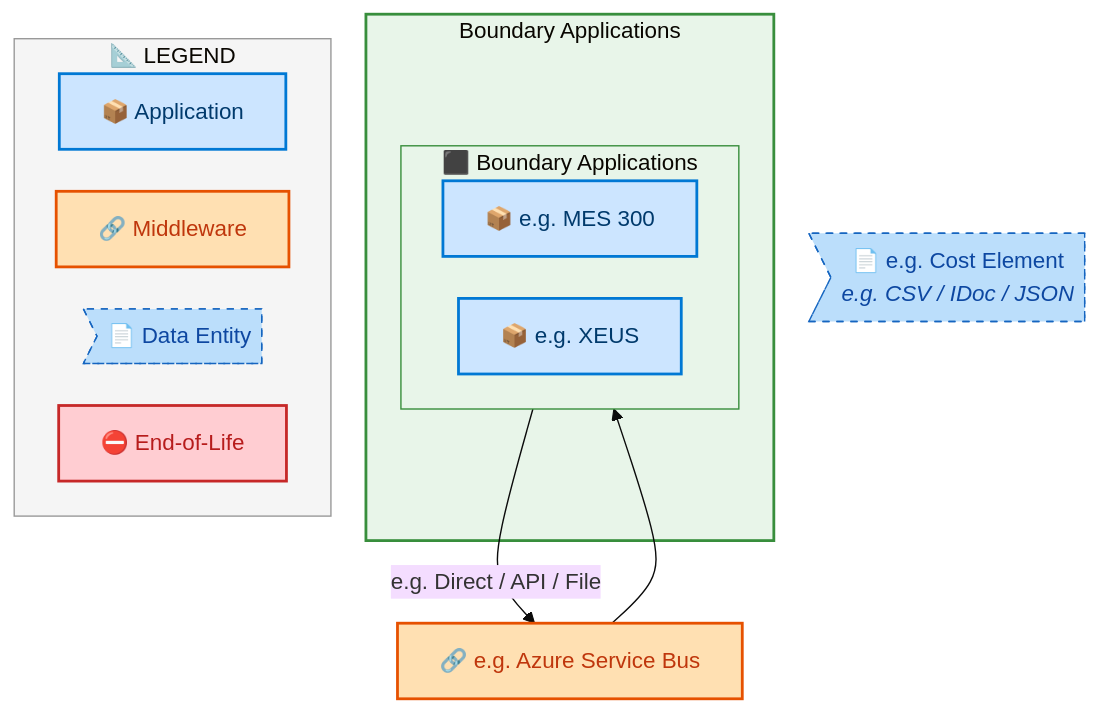
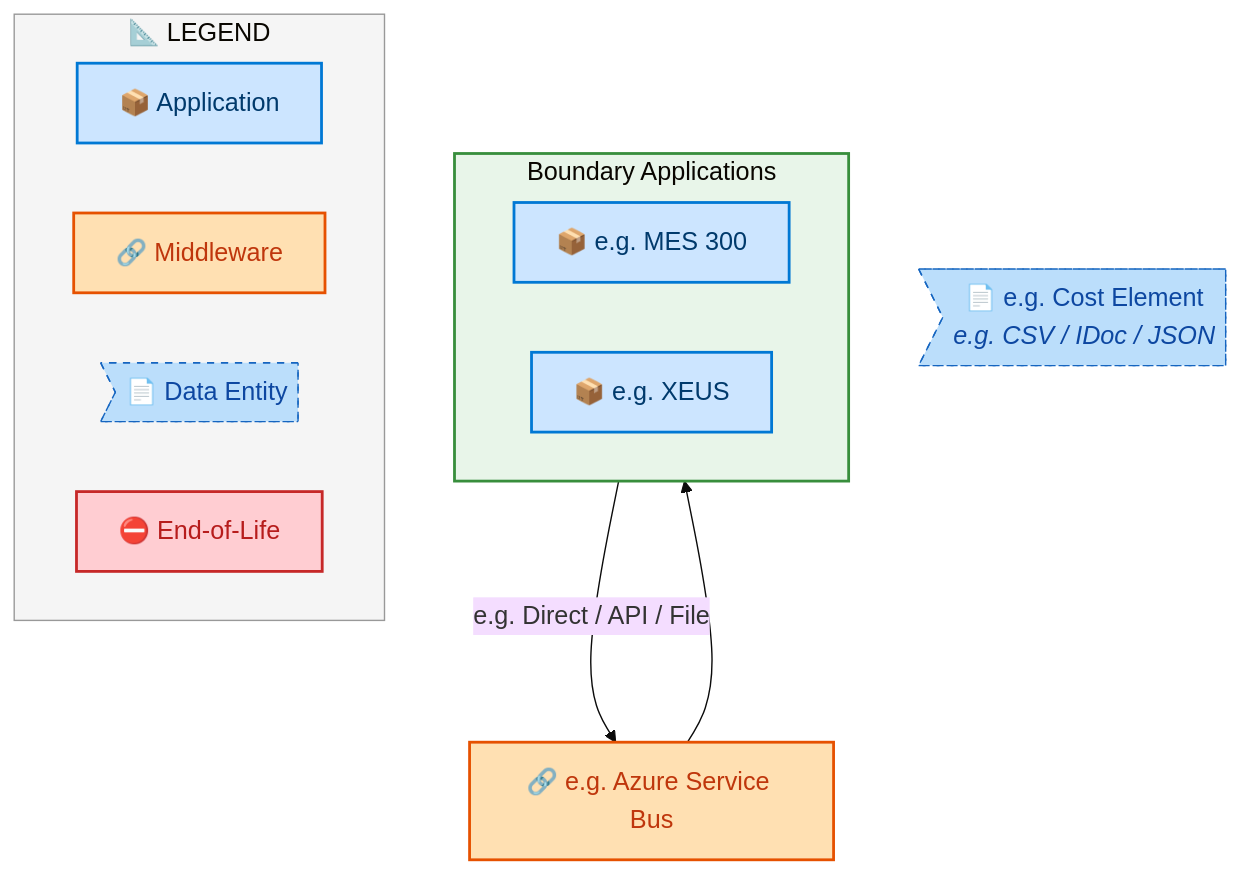
Before and after one commit to sajivfrancis777/IAO-Architecture: the fourth of 7 diagrams in towers/E2E/Procure to Pay/E2E-123/output/docs/systems-architecture/E2E-123-Architecture.md, drawn with Mermaid. The commit also changed other lines of this file and 251 other files, not shown here.

````diff
--- a/towers/E2E/Procure to Pay/E2E-123/output/docs/systems-architecture/E2E-123-Architecture.md
+++ b/towers/E2E/Procure to Pay/E2E-123/output/docs/systems-architecture/E2E-123-Architecture.md
@@ -388,40 +388,37 @@
 ```mermaid
-%%{init: {"theme": "base", "securityLevel": "loose", "themeVariables": {"fontSize": "16px", "fontFamily": "Segoe UI, Arial, sans-serif"}, "flowchart": {"useMaxWidth": false, "htmlLabels": true, "nodeSpacing": 30, "rankSpacing": 35}} }%%
+%%{init: {"theme": "base", "securityLevel": "loose", "themeVariables": {"fontSize": "18px", "fontFamily": "Segoe UI, Arial, sans-serif"}, "flowchart": {"useMaxWidth": false, "htmlLabels": true, "nodeSpacing": 50, "rankSpacing": 60}} }%%
 flowchart TB
     %% -- ArchiMate 3.2 + Azure style classes --
     classDef business      fill:#FFFFB3,stroke:#F9A825,stroke-width:2px,color:#000
     classDef app           fill:#CCE5FF,stroke:#0078D4,stroke-width:2px,color:#003A6C
     classDef data          fill:#BBDEFB,stroke:#1565C0,stroke-width:1px,color:#0D47A1,stroke-dasharray: 5 5
     classDef middleware    fill:#FFE0B2,stroke:#E65100,stroke-width:2px,color:#BF360C
     classDef eol           fill:#FFCDD2,stroke:#C62828,stroke-width:2px,color:#B71C1C
     classDef saas          fill:#E1BEE7,stroke:#7B1FA2,stroke-width:2px,color:#4A148C
     classDef cloud         fill:#BBDEFB,stroke:#1565C0,stroke-width:2px,color:#0D47A1
     classDef onprem        fill:#C8E6C9,stroke:#2E7D32,stroke-width:2px,color:#1B5E20
 
-    subgraph E2E123CT_Boundary_Applications["Boundary Applications"]
-        subgraph E2E123CLN_Boundary_Applications[" ⬛ Boundary Applications"]
-            direction LR
-            E2E123C_e_g_MES_300["📦 e.g. MES 300"]:::app
-            E2E123C_e_g_XEUS["📦 e.g. XEUS"]:::app
-        end
+    subgraph E2E123CLN_Boundary_Applications[" Boundary Applications"]
+        direction LR
+        E2E123C_e_g_MES_300["📦 e.g. MES 300"]:::app
+        E2E123C_e_g_XEUS["📦 e.g. XEUS"]:::app
     end
 
     E2E123CMW_e_g_Azure_Service_Bus["🔗 e.g. Azure Service Bus"]:::middleware
     E2E123CDE_e_g_Cost_Element>"📄 e.g. Cost Element<br/><i>e.g. CSV / IDoc / JSON</i>"]:::data
 
     E2E123C_e_g_MES_300 -->|"e.g. Direct / API / File"| E2E123CMW_e_g_Azure_Service_Bus
     E2E123CMW_e_g_Azure_Service_Bus --> E2E123C_e_g_XEUS
 
 
-    style E2E123CT_Boundary_Applications fill:#E8F5E9,stroke:#388E3C,stroke-width:2px
-    style E2E123CLN_Boundary_Applications fill:#E8F5E9,stroke:#388E3C,stroke-width:1px
+    style E2E123CLN_Boundary_Applications fill:#E8F5E9,stroke:#388E3C,stroke-width:2px
 
     subgraph Legend["📐 LEGEND"]
         direction LR
         L_APP["📦 Application"]:::app
         L_MW["🔗 Middleware"]:::middleware
         L_DE>"📄 Data Entity"]:::data
         L_EOL["⛔ End-of-Life"]:::eol
     end
     style Legend fill:#F5F5F5,stroke:#999,stroke-width:1px
 ```
````
